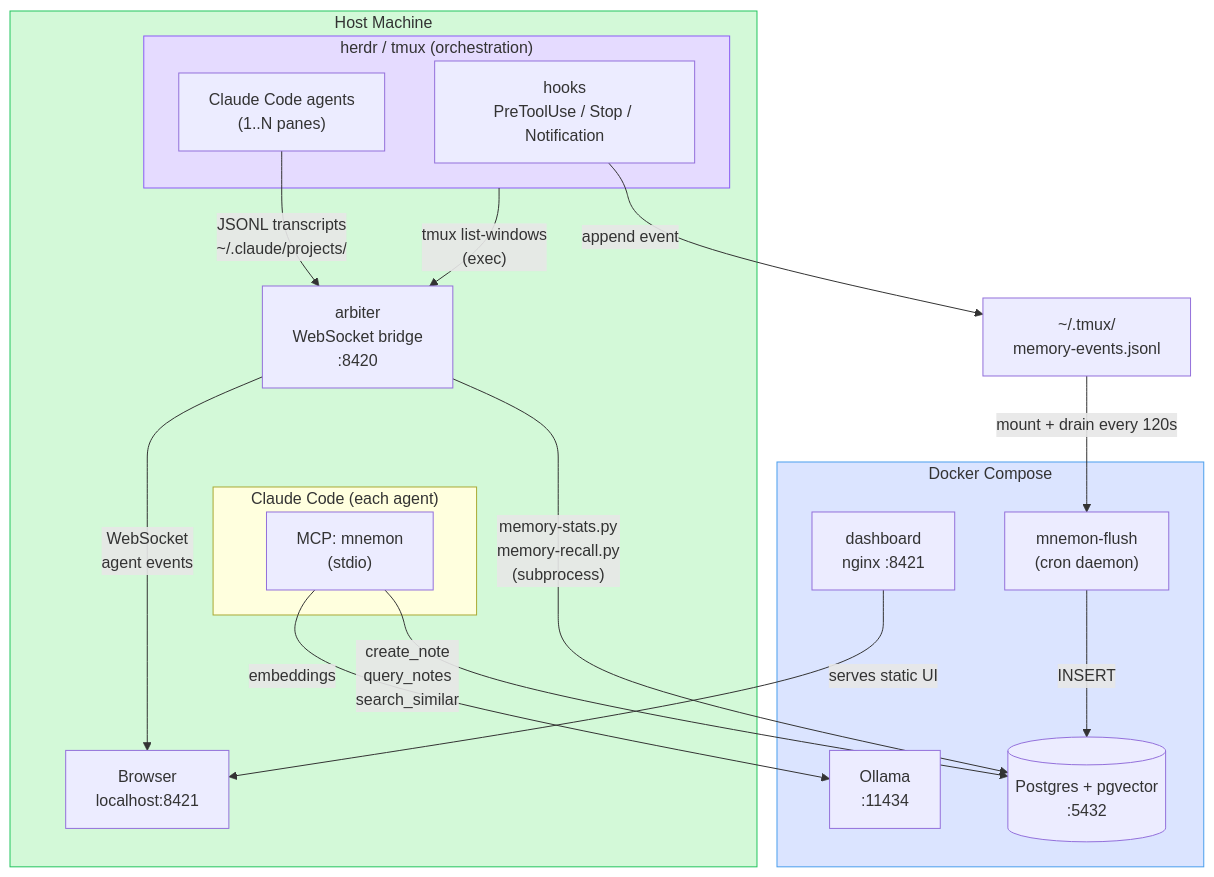
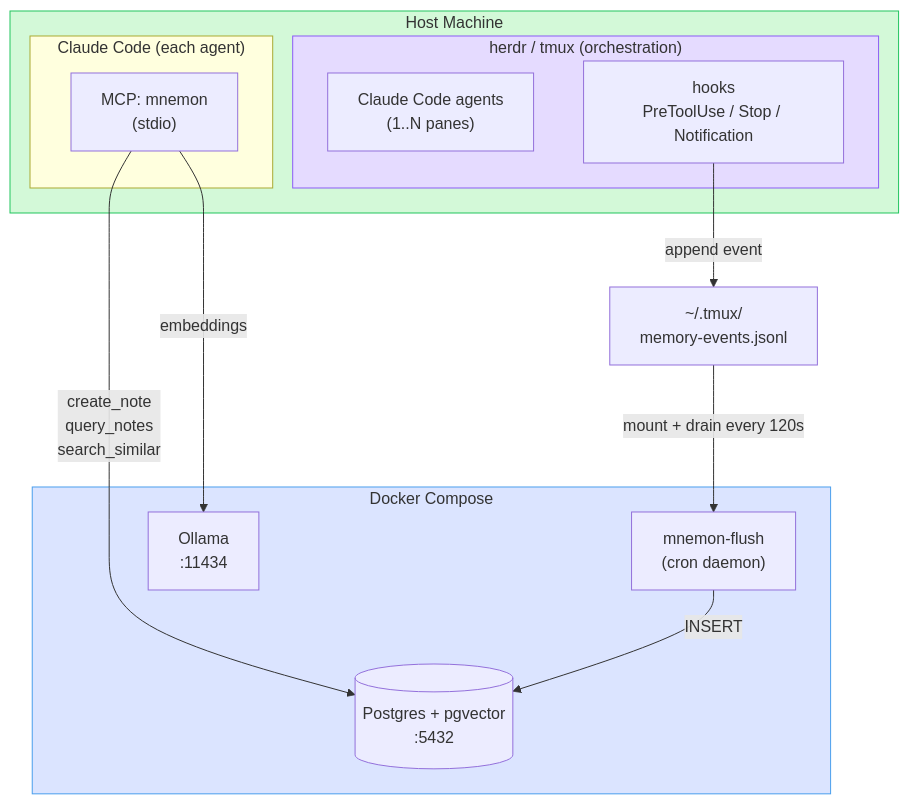
The diagram in README.md (persinac/agents-nexus), drawn with Mermaid before and after one commit. The commit also changed other lines of this file and 279 other files, not shown here.

````diff
--- a/README.md
+++ b/README.md
@@ -33,49 +33,34 @@
 ```mermaid
 graph TB
       subgraph host["Host Machine"]
           subgraph tmux["herdr / tmux (orchestration)"]
               agents["Claude Code agents\n(1..N panes)"]
               hooks["hooks\nPreToolUse / Stop / Notification"]
           end
-
-          arbiter["arbiter\nWebSocket bridge\n:8420"]
-          browser["Browser\nlocalhost:8421"]
 
           subgraph claude["Claude Code (each agent)"]
               mcp_mnemon["MCP: mnemon\n(stdio)"]
           end
       end
 
       subgraph docker["Docker Compose"]
           ollama["Ollama\n:11434"]
           postgres[("Postgres + pgvector\n:5432")]
           mnemon_flush["mnemon-flush\n(cron daemon)"]
-          dashboard["dashboard\nnginx :8421"]
       end
 
       jsonl["~/.tmux/\nmemory-events.jsonl"]
 
       %% hook → jsonl → flush → postgres
       hooks -->|"append event"| jsonl
       jsonl -->|"mount + drain every 120s"| mnemon_flush
       mnemon_flush -->|"INSERT"| postgres
 
       %% MCP mnemon (stdio) → postgres
       mcp_mnemon -->|"create_note\nquery_notes\nsearch_similar"| postgres
       mcp_mnemon -->|"embeddings"| ollama
 
-      %% arbiter ↔ tmux + transcripts
-      agents -->|"JSONL transcripts\n~/.claude/projects/"| arbiter
-      tmux -->|"tmux list-windows\n(exec)"| arbiter
-
-      %% arbiter → dashboard browser
-      arbiter -->|"WebSocket\nagent events"| browser
-      dashboard -->|"serves static UI"| browser
-
-      %% arbiter → mnemon scripts (subprocess)
-      arbiter -->|"memory-stats.py\nmemory-recall.py\n(subprocess)"| postgres
-
       style docker fill:#dbe4ff,stroke:#4a9eed
       style host fill:#d3f9d8,stroke:#22c55e
       style tmux fill:#e5dbff,stroke:#8b5cf6
 ```
````
